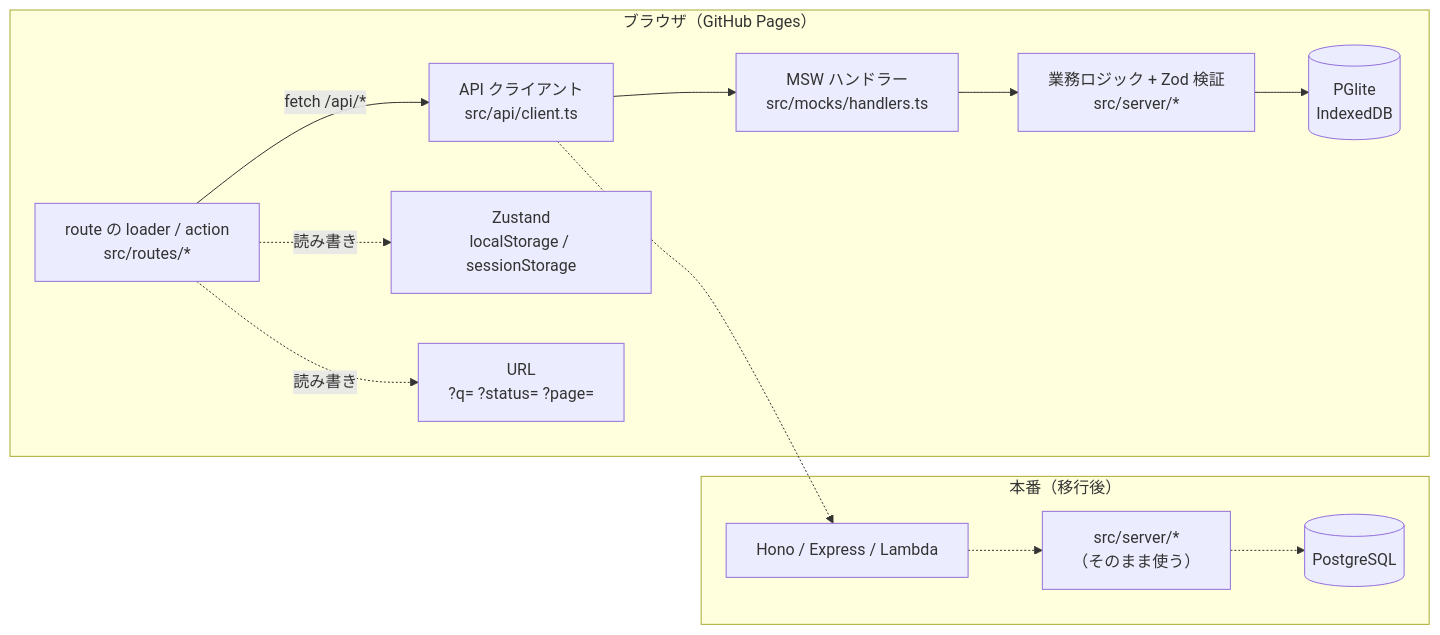
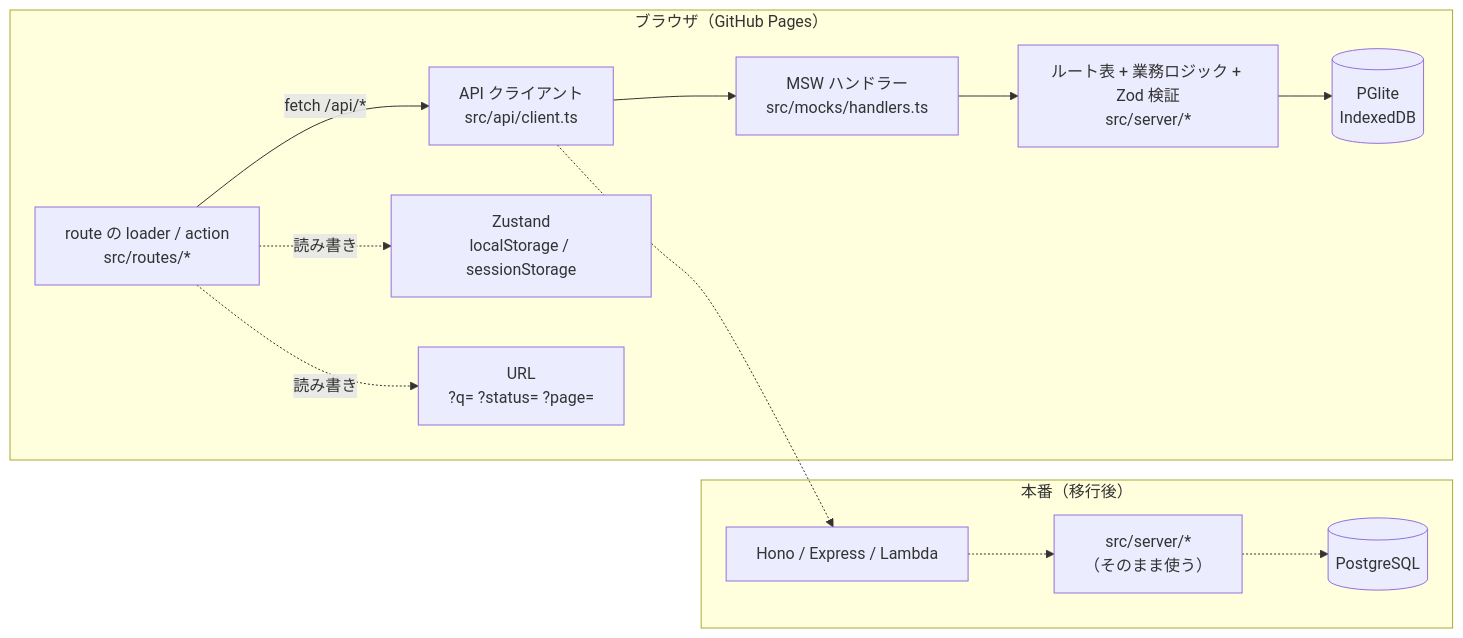
Before and after one commit to daisuke-awaji/pglite-drizzle-msw-sample: the first of 2 diagrams in README.md, drawn with Mermaid. The commit also changed other lines of this file and 26 other files, not shown here.

````diff
--- a/README.md
+++ b/README.md
@@ -53,16 +53,16 @@
 ```mermaid
 flowchart LR
   subgraph browser["ブラウザ（GitHub Pages）"]
     R["route の loader / action<br/>src/routes/*"] -->|fetch /api/*| C["API クライアント<br/>src/api/client.ts"]
     C --> M["MSW ハンドラー<br/>src/mocks/handlers.ts"]
-    M --> S["業務ロジック + Zod 検証<br/>src/server/*"]
+    M --> S["ルート表 + 業務ロジック + Zod 検証<br/>src/server/*"]
     S --> D[("PGlite<br/>IndexedDB")]
     R -.読み書き.-> Z["Zustand<br/>localStorage / sessionStorage"]
     R -.読み書き.-> U["URL<br/>?q= ?status= ?page="]
   end
   subgraph prod["本番（移行後）"]
     C -.-> H["Hono / Express / Lambda"]
     H -.-> S2["src/server/*<br/>（そのまま使う）"]
     S2 -.-> P[("PostgreSQL")]
   end
 ```
````
